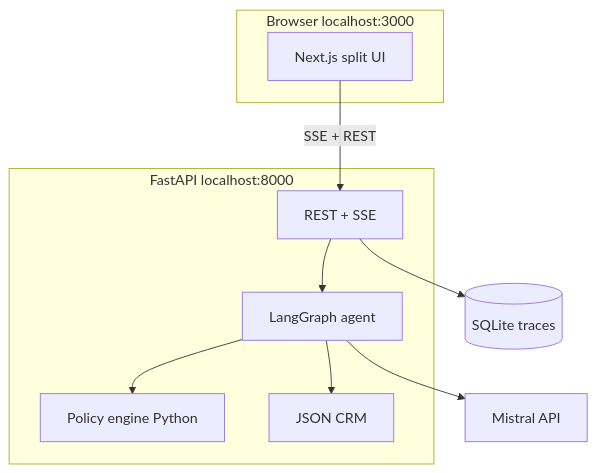
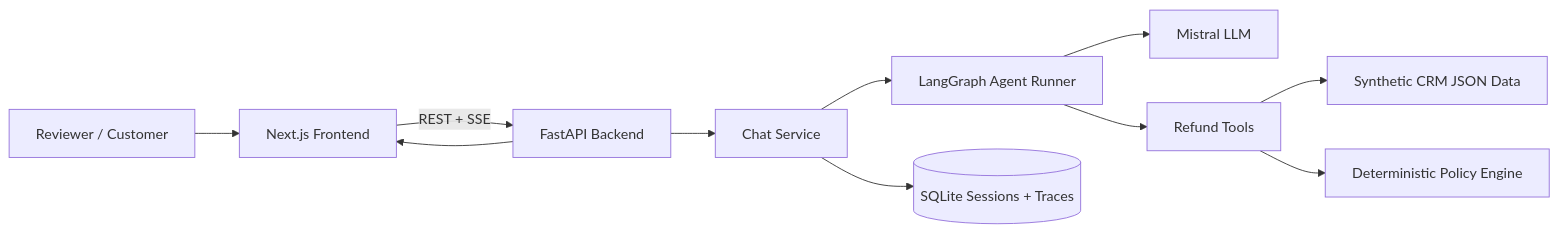
One commit to saqhibbilal/refund-agent-bilal changed the diagram in README.md. Above: the diagram before and after it, drawn with Mermaid. The commit also changed other lines of this file, not shown here.

Commit message:
Refund agent

````diff
--- a/README.md
+++ b/README.md
@@ -51,21 +63,13 @@
 ```mermaid
-flowchart TB
-  subgraph browser [Browser localhost:3000]
-    UI[Next.js split UI]
-  end
-  subgraph api [FastAPI localhost:8000]
-    Routes[REST + SSE]
-    Agent[LangGraph agent]
-    Policy[Policy engine Python]
-    CRM[JSON CRM]
-  end
-  Mistral[Mistral API]
-  SQLite[(SQLite traces)]
-
-  UI -->|SSE + REST| Routes
-  Routes --> Agent
-  Agent --> Mistral
-  Agent --> Policy
-  Agent --> CRM
-  Routes --> SQLite
+flowchart LR
+  User[Reviewer / Customer] --> UI[Next.js Frontend]
+  UI -->|REST + SSE| API[FastAPI Backend]
+  API --> Service[Chat Service]
+  Service --> Agent[LangGraph Agent Runner]
+  Agent --> Mistral[Mistral LLM]
+  Agent --> Tools[Refund Tools]
+  Tools --> CRM[Synthetic CRM JSON Data]
+  Tools --> Policy[Deterministic Policy Engine]
+  Service --> DB[(SQLite Sessions + Traces)]
+  API --> UI
 ```
````
